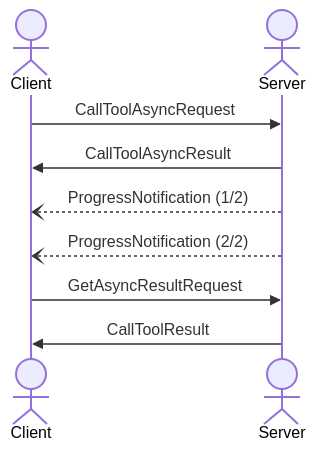
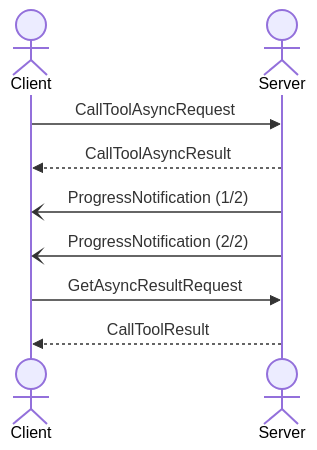
Before and after one commit to modelcontextprotocol/specification: the first of 4 diagrams in docs/specification/draft/basic/async.mdx, drawn with Mermaid. The commit also changed other lines of this file, not shown here.

Commit message:
add clarifying point about security to protocol requirements, also tweeked line style for mermaid diagrams for legibility

````diff
--- a/docs/specification/draft/basic/async.mdx
+++ b/docs/specification/draft/basic/async.mdx
@@ -33,11 +34,11 @@
 ```mermaid
 sequenceDiagram
         actor Client
         actor Server
         Client->>Server: CallToolAsyncRequest
-        Server->>Client: CallToolAsyncResult
-        Server--)Client: ProgressNotification (1/2)
-        Server--)Client: ProgressNotification (2/2)
+        Server-->>Client: CallToolAsyncResult
+        Server-)Client: ProgressNotification (1/2)
+        Server-)Client: ProgressNotification (2/2)
         Client->>Server: GetAsyncResultRequest
-        Server->>Client: CallToolResult
+        Server-->>Client: CallToolResult
 ```
````
